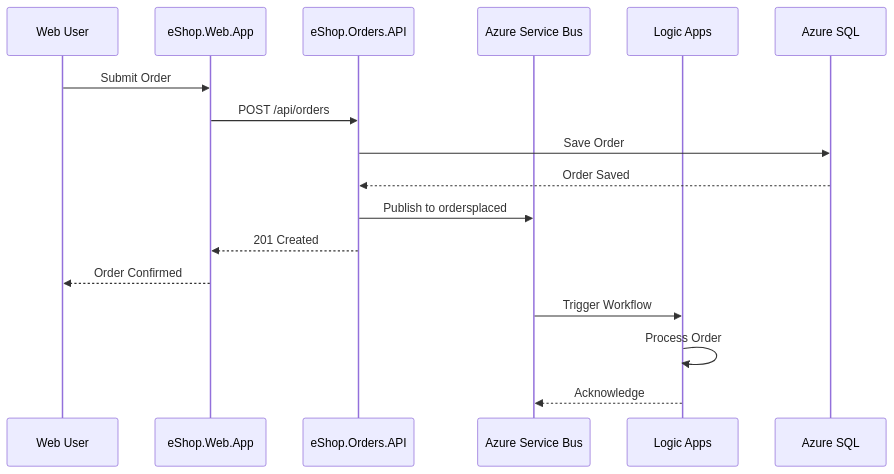
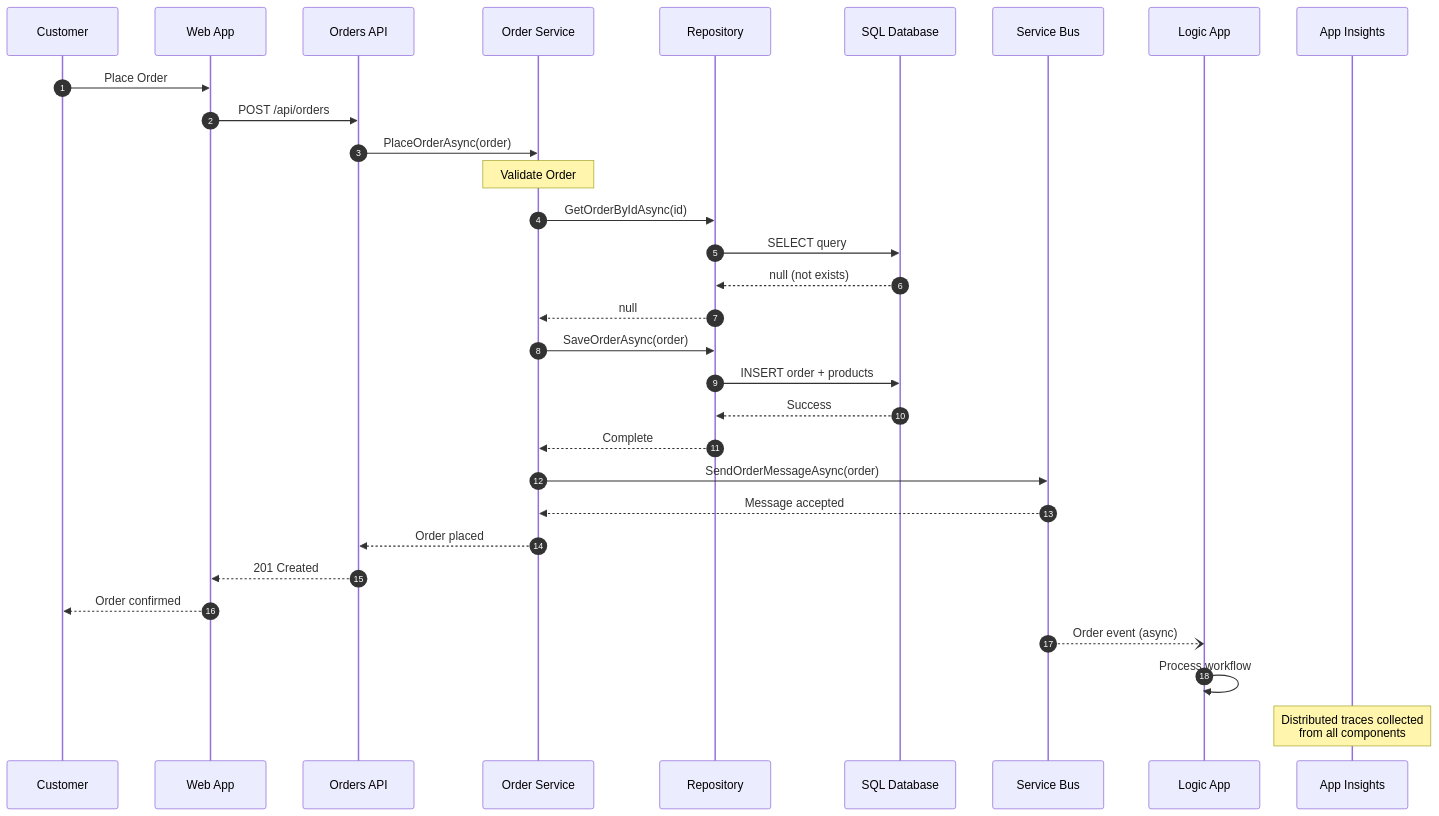
Before and after one commit to Evilazaro/Azure-LogicApps-Monitoring: the fourth of 11 diagrams in docs/SolutionArchitecture.md, drawn with Mermaid. The commit also changed other lines of this file, not shown here.

Commit message:
Implement feature X to enhance user experience and optimize performance

````diff
--- a/docs/SolutionArchitecture.md
+++ b/docs/SolutionArchitecture.md
@@ -247,21 +296,40 @@
 ```mermaid
 sequenceDiagram
-    participant User as Web User
-    participant Web as eShop.Web.App
-    participant API as eShop.Orders.API
-    participant SB as Azure Service Bus
-    participant Logic as Logic Apps
-    participant DB as Azure SQL
+    autonumber
+    participant User as Customer
+    participant Web as Web App
+    participant API as Orders API
+    participant Svc as Order Service
+    participant Repo as Repository
+    participant DB as SQL Database
+    participant Bus as Service Bus
+    participant Logic as Logic App
+    participant AI as App Insights
     
-    User->>Web: Submit Order
+    User->>Web: Place Order
     Web->>API: POST /api/orders
-    API->>DB: Save Order
-    DB-->>API: Order Saved
-    API->>SB: Publish to ordersplaced
+    API->>Svc: PlaceOrderAsync(order)
+    
+    Note over Svc: Validate Order
+    Svc->>Repo: GetOrderByIdAsync(id)
+    Repo->>DB: SELECT query
+    DB-->>Repo: null (not exists)
+    Repo-->>Svc: null
+    
+    Svc->>Repo: SaveOrderAsync(order)
+    Repo->>DB: INSERT order + products
+    DB-->>Repo: Success
+    Repo-->>Svc: Complete
+    
+    Svc->>Bus: SendOrderMessageAsync(order)
+    Bus-->>Svc: Message accepted
+    
+    Svc-->>API: Order placed
     API-->>Web: 201 Created
-    Web-->>User: Order Confirmed
+    Web-->>User: Order confirmed
     
-    SB->>Logic: Trigger Workflow
-    Logic->>Logic: Process Order
-    Logic-->>SB: Acknowledge
+    Bus--)Logic: Order event (async)
+    Logic->>Logic: Process workflow
+    
+    Note over AI: Distributed traces collected<br/>from all components
 ```
````
